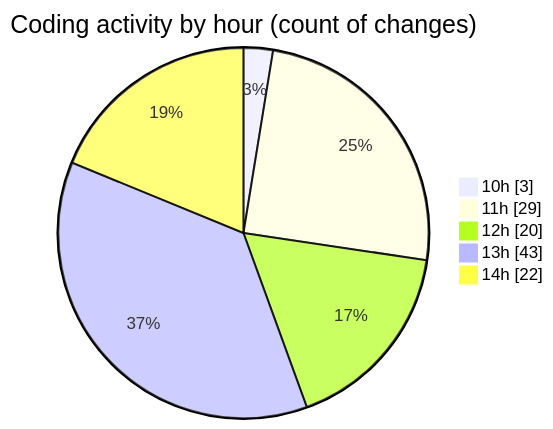
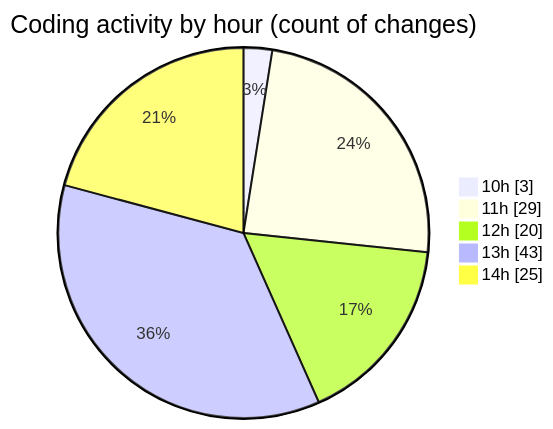
The second of 2 diagrams in 2025-08-14/ribbon/README.md (EIIisD/code-tracking), drawn with Mermaid before and after one commit. The commit also changed other lines of this file and 1 other file, not shown here.

````diff
--- a/2025-08-14/ribbon/README.md
+++ b/2025-08-14/ribbon/README.md
@@ -40,9 +40,9 @@
 ```mermaid
 pie showData
 title Coding activity by hour (count of changes)
 "10h" : 3
 "11h" : 29
 "12h" : 20
 "13h" : 43
-"14h" : 22
+"14h" : 25
 ```
````
